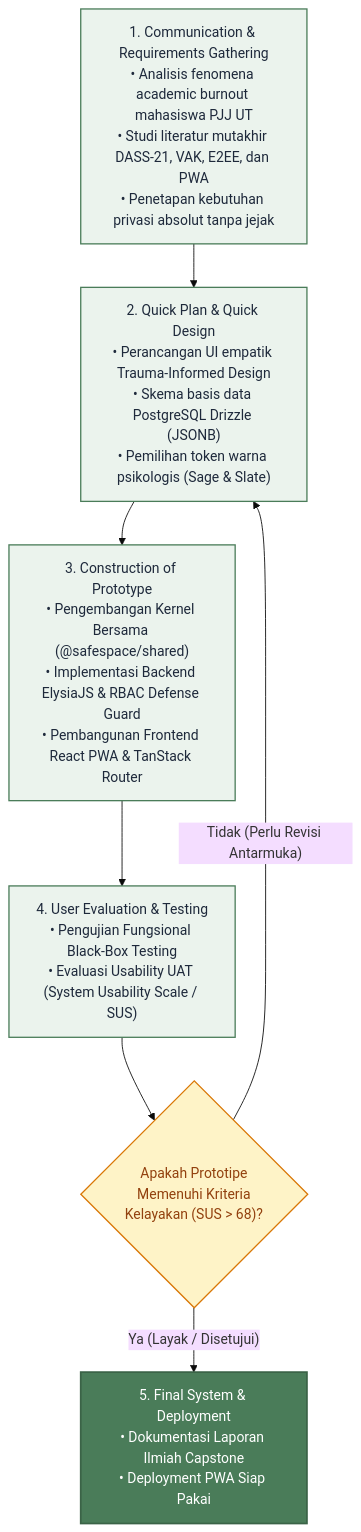
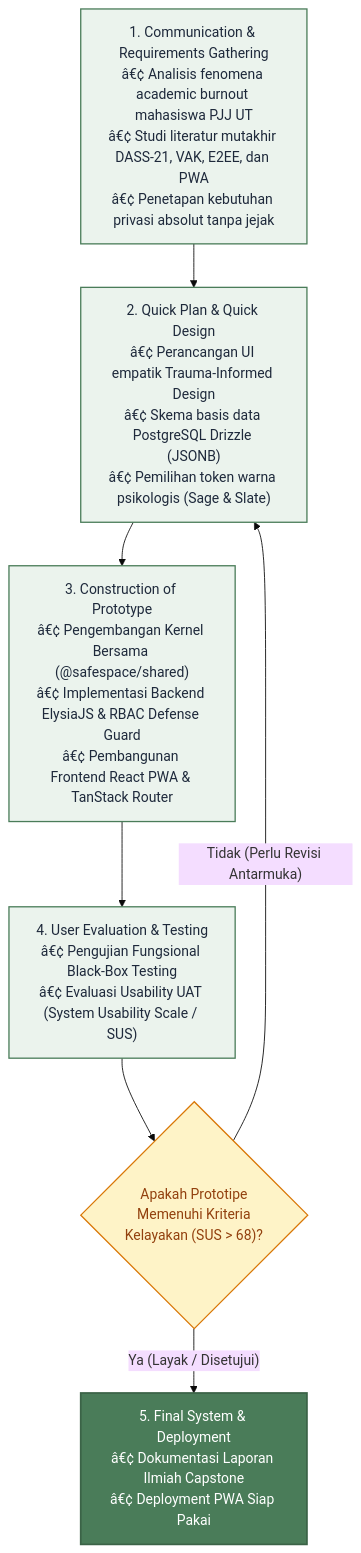
One commit to adhasangg/capstone-project changed the diagram in docs/Bab3_Metodologi_dan_Teori_Desain.md. Above: the diagram before and after it, drawn with Mermaid (base theme). The commit also changed other lines of this file and 81 other files, not shown here.

Commit message:
feat(capstone): complete bab 3 methodology artifacts, verified diagrams, and e2e testing suite

````diff
--- a/docs/Bab3_Metodologi_dan_Teori_Desain.md
+++ b/docs/Bab3_Metodologi_dan_Teori_Desain.md
@@ -21,20 +21,20 @@
 ```mermaid
 flowchart TD
     classDef startend fill:#4A7C59,stroke:#3b6347,stroke-width:2px,color:#fff;
     classDef process fill:#EBF3ED,stroke:#4A7C59,stroke-width:1.5px,color:#1E293B;
     classDef decision fill:#FEF3C7,stroke:#D97706,stroke-width:1.5px,color:#92400E;
 
-    M1["1. Communication & Requirements Gathering<br/>• Analisis fenomena academic burnout mahasiswa PJJ UT<br/>• Studi literatur mutakhir DASS-21, VAK, E2EE, dan PWA<br/>• Penetapan kebutuhan privasi absolut tanpa jejak"]:::process
-    M2["2. Quick Plan & Quick Design<br/>• Perancangan UI empatik Trauma-Informed Design<br/>• Skema basis data PostgreSQL Drizzle (JSONB)<br/>• Pemilihan token warna psikologis (Sage & Slate)"]:::process
-    M3["3. Construction of Prototype<br/>• Pengembangan Kernel Bersama (@safespace/shared)<br/>• Implementasi Backend ElysiaJS & RBAC Defense Guard<br/>• Pembangunan Frontend React PWA & TanStack Router"]:::process
-    M4["4. User Evaluation & Testing<br/>• Pengujian Fungsional Black-Box Testing<br/>• Evaluasi Usability UAT (System Usability Scale / SUS)"]:::process
+    M1["1. Communication & Requirements Gathering<br/>â€¢ Analisis fenomena academic burnout mahasiswa PJJ UT<br/>â€¢ Studi literatur mutakhir DASS-21, VAK, E2EE, dan PWA<br/>â€¢ Penetapan kebutuhan privasi absolut tanpa jejak"]:::process
+    M2["2. Quick Plan & Quick Design<br/>â€¢ Perancangan UI empatik Trauma-Informed Design<br/>â€¢ Skema basis data PostgreSQL Drizzle (JSONB)<br/>â€¢ Pemilihan token warna psikologis (Sage & Slate)"]:::process
+    M3["3. Construction of Prototype<br/>â€¢ Pengembangan Kernel Bersama (@safespace/shared)<br/>â€¢ Implementasi Backend ElysiaJS & RBAC Defense Guard<br/>â€¢ Pembangunan Frontend React PWA & TanStack Router"]:::process
+    M4["4. User Evaluation & Testing<br/>â€¢ Pengujian Fungsional Black-Box Testing<br/>â€¢ Evaluasi Usability UAT (System Usability Scale / SUS)"]:::process
     M_DEC{"Apakah Prototipe<br/>Memenuhi Kriteria<br/>Kelayakan (SUS > 68)?"}:::decision
-    M5["5. Final System & Deployment<br/>• Dokumentasi Laporan Ilmiah Capstone<br/>• Deployment PWA Siap Pakai"]:::startend
+    M5["5. Final System & Deployment<br/>â€¢ Dokumentasi Laporan Ilmiah Capstone<br/>â€¢ Deployment PWA Siap Pakai"]:::startend
 
     M1 --> M2
     M2 --> M3
     M3 --> M4
     M4 --> M_DEC
     M_DEC -- "Tidak (Perlu Revisi Antarmuka)" --> M2
     M_DEC -- "Ya (Layak / Disetujui)" --> M5
 ```
````
